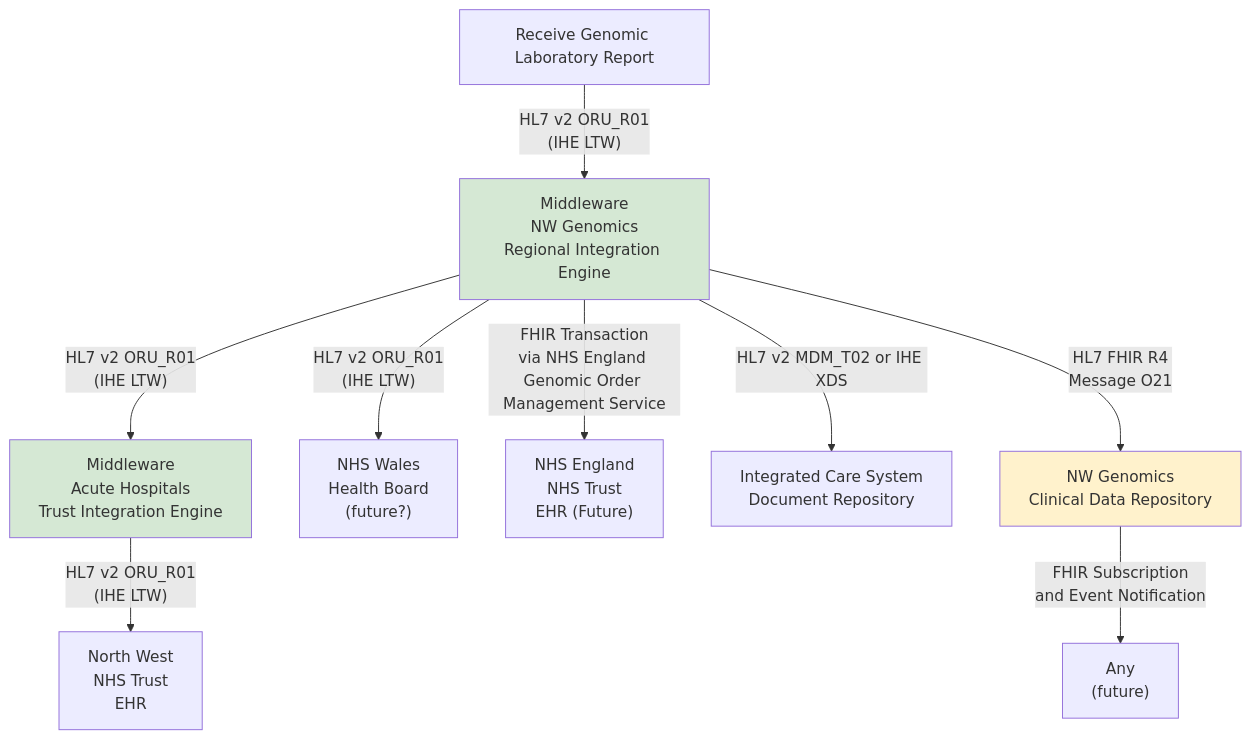
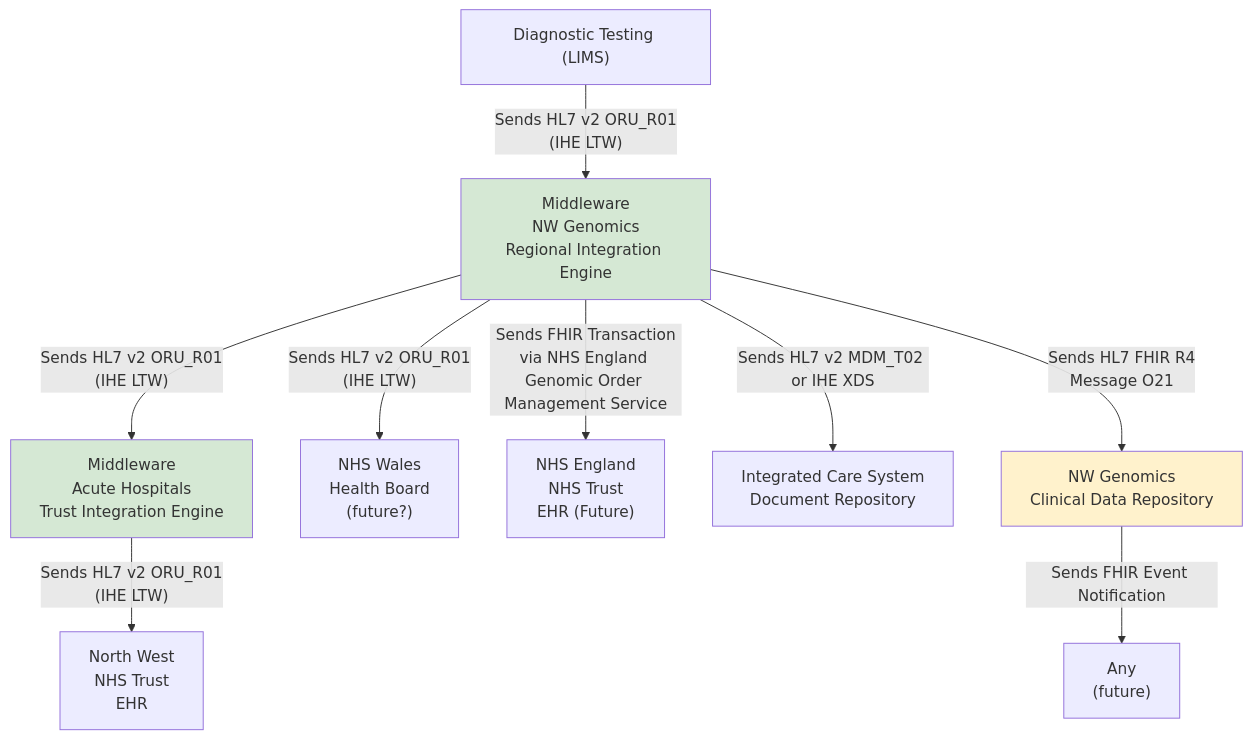
Before and after one commit to uk-gov-mirror/nw-gmsa.nw-gmsa.github.com: the third of 6 diagrams in input/pagecontent/index.md, drawn with Mermaid. The commit also changed other lines of this file, not shown here.

Commit message:
Diagnostic Implication

````diff
--- a/input/pagecontent/index.md
+++ b/input/pagecontent/index.md
@@ -137,17 +136,17 @@
 ```mermaid
 graph TD;
-    Receive[Receive Genomic Laboratory Report] --> |" HL7 v2 ORU_R01<br/>(IHE LTW)"| RIE[Middleware<br/>NW Genomics<br/>Regional Integration Engine] 
-    RIE --> |"HL7 v2 ORU_R01<br/>(IHE LTW)"| TIE[Middleware<br/>Acute Hospitals<br/>Trust Integration Engine] 
-    TIE--> |"HL7 v2 ORU_R01<br/>(IHE LTW)"| EHRTIE[North West<br/>NHS Trust<br/>EHR] 
-    RIE--> |"HL7 v2 ORU_R01<br/>(IHE LTW)"| BOARD["NHS Wales<br/>Health Board<br/> (future?)"]
-    RIE --> |"FHIR Transaction<br/>via NHS England Genomic Order Management Service"| GOMS["NHS England<br/>NHS Trust<br/>EHR (Future)"] 
-    RIE --> |HL7 v2 MDM_T02 or IHE XDS| ICSTIE[Integrated Care System <br/> Document Repository]
-    RIE --> |HL7 FHIR R4<br/>Message O21| CDR[NW Genomics<br/>Clinical Data Repository]
-    CDR --> |FHIR Subscription <br/> and Event Notification| Any["Any <br/>(future)"]
+    Receive["Diagnostic Testing (LIMS)"] --> |"Sends HL7 v2 ORU_R01<br/>(IHE LTW)"| RIE[Middleware<br/>NW Genomics<br/>Regional Integration Engine] 
+    RIE --> |"Sends HL7 v2 ORU_R01<br/>(IHE LTW)"| TIE[Middleware<br/>Acute Hospitals<br/>Trust Integration Engine] 
+    TIE--> |"Sends HL7 v2 ORU_R01<br/>(IHE LTW)"| EHRTIE[North West<br/>NHS Trust<br/>EHR] 
+    RIE--> |"Sends HL7 v2 ORU_R01<br/>(IHE LTW)"| BOARD["NHS Wales<br/>Health Board<br/> (future?)"]
+    RIE --> |"Sends FHIR Transaction<br/>via NHS England Genomic Order Management Service"| GOMS["NHS England<br/>NHS Trust<br/>EHR (Future)"] 
+    RIE --> |Sends HL7 v2 MDM_T02 or IHE XDS| ICSTIE[Integrated Care System <br/> Document Repository]
+    RIE --> |Sends HL7 FHIR R4<br/>Message O21| CDR[NW Genomics<br/>Clinical Data Repository]
+    CDR --> |Sends FHIR Event Notification| Any["Any <br/>(future)"]
 
     classDef green fill:#D5E8D4;
     classDef yellow fill:#FFF2CC;
     class RIE green;
     class TIE green;
     class CDR yellow;
 ```
````
